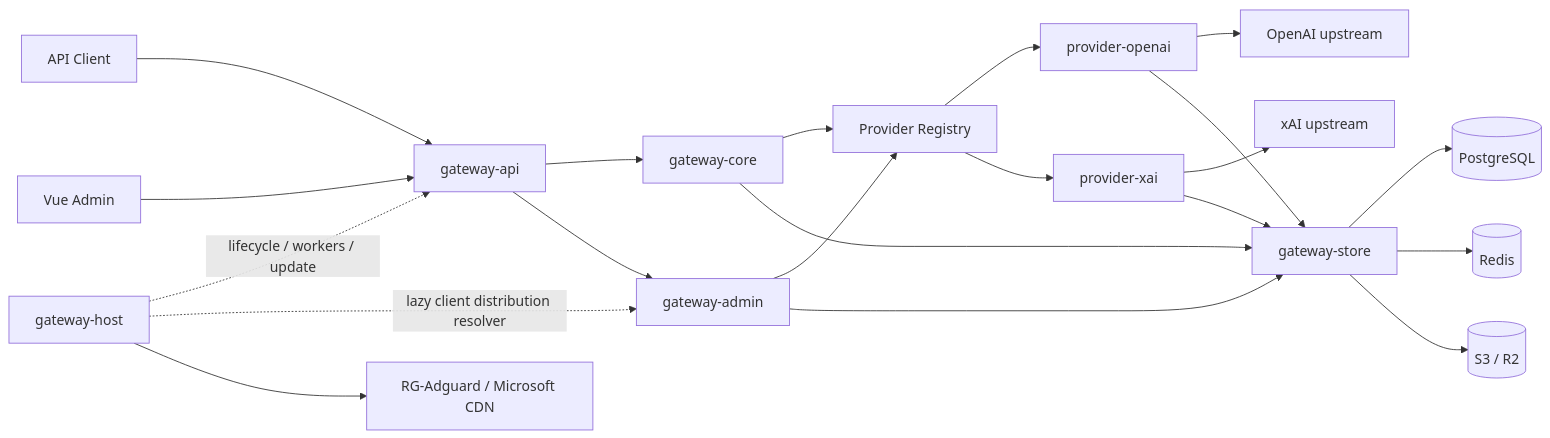
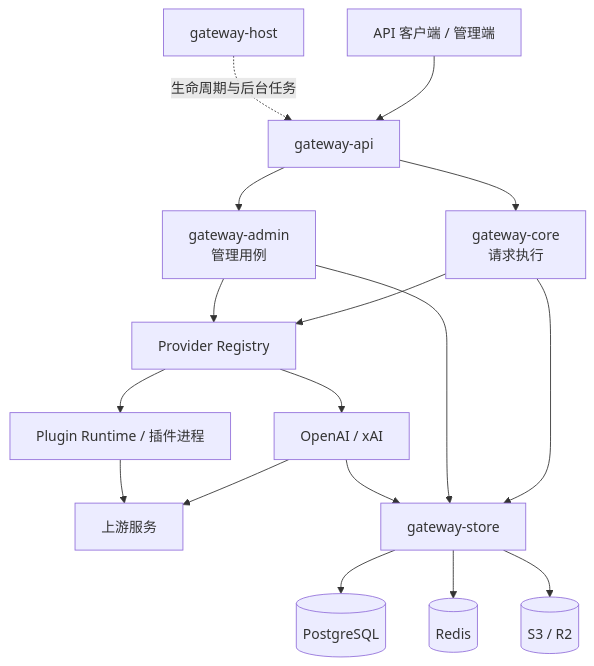
One commit to 2han9wen71an/codex-proxy-rs changed the first of 3 diagrams in docs/architecture.md. Above: the diagram before and after it, drawn with Mermaid. The commit also changed other lines of this file and 795 other files, not shown here.

````diff
--- a/docs/architecture.md
+++ b/docs/architecture.md
@@ -23,27 +30,19 @@
 ```mermaid
-flowchart LR
-  Client[API Client] --> API[gateway-api]
-  Browser[Vue Admin] --> API
-
-  API --> Core[gateway-core]
-  API --> Admin[gateway-admin]
-
+flowchart TB
+  Client[API 客户端 / 管理端] --> API[gateway-api]
+  Host[gateway-host] -. 生命周期与后台任务 .-> API
+  API --> Core[gateway-core<br/>请求执行]
+  API --> Admin[gateway-admin<br/>管理用例]
   Core --> Registry[Provider Registry]
   Admin --> Registry
-  Registry --> OpenAI[provider-openai]
-  Registry --> XAI[provider-xai]
-  OpenAI --> OpenAIUpstream[OpenAI upstream]
-  XAI --> XAIUpstream[xAI upstream]
-
+  Registry --> Builtin[OpenAI / xAI]
+  Registry --> Plugins[Plugin Runtime / 插件进程]
+  Builtin --> Upstream[上游服务]
+  Plugins --> Upstream
   Core --> Store[gateway-store]
   Admin --> Store
-  OpenAI --> Store
-  XAI --> Store
+  Builtin --> Store
   Store --> PG[(PostgreSQL)]
   Store --> Redis[(Redis)]
   Store --> Object[(S3 / R2)]
-
-  Host[gateway-host] -. lifecycle / workers / update .-> API
-  Host -. lazy client distribution resolver .-> Admin
-  Host --> StoreLinks[RG-Adguard / Microsoft CDN]
 ```
````
